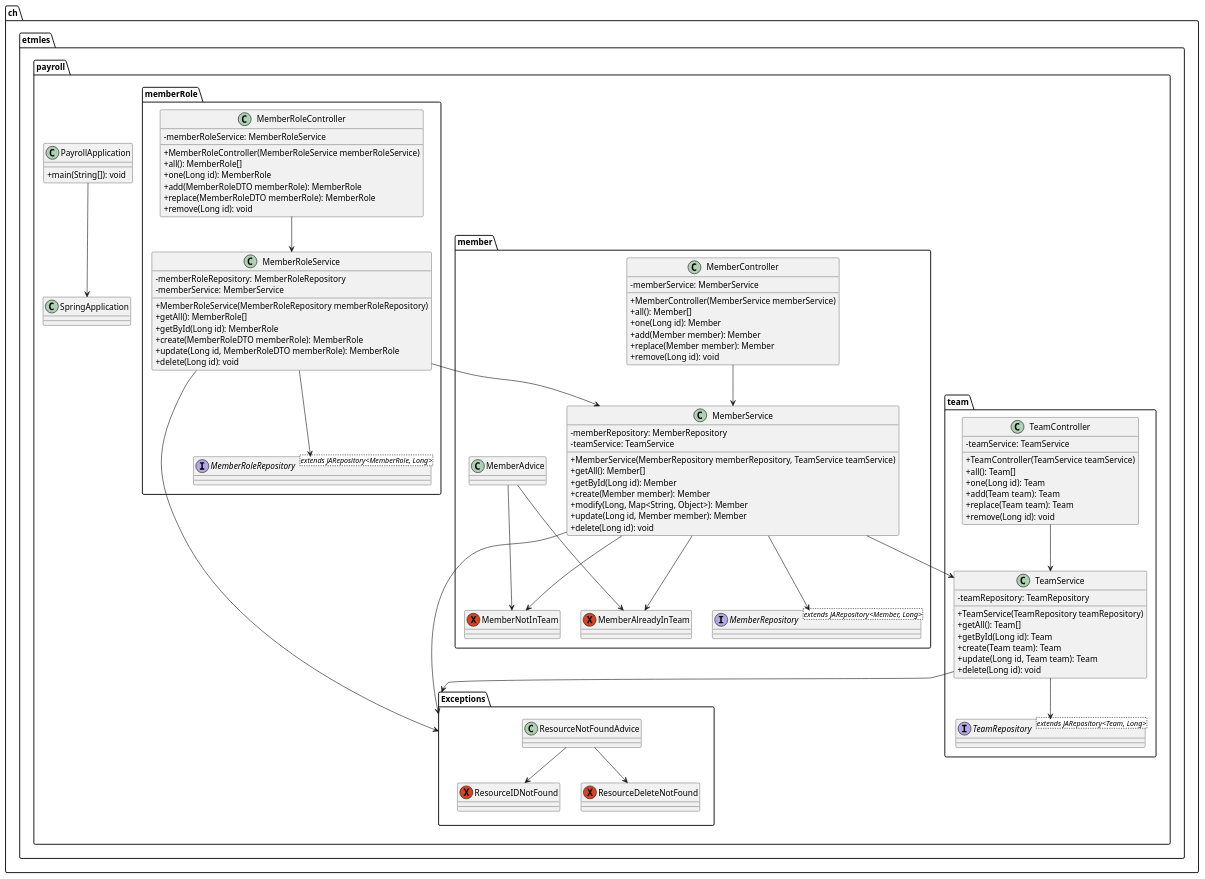
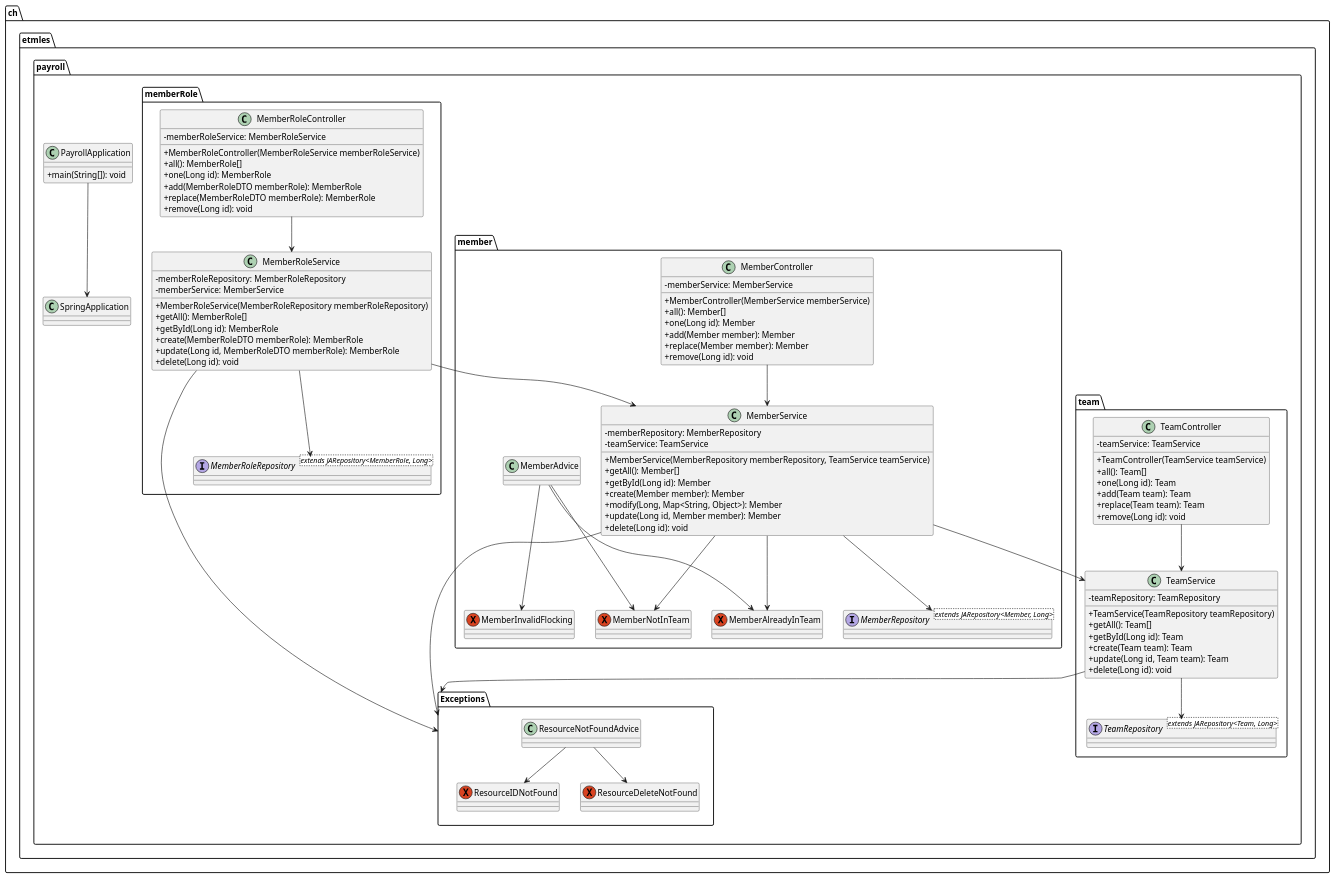
The diagram in docs/class_diagram.plantuml (ETML-ES-FWBE/ZucchinIT), drawn with PlantUML before and after one commit. The commit also changed 1 other file, not shown here.

Commit message:
docs: updated docs with invalid flocking exception

```diff
--- a/docs/class_diagram.plantuml
+++ b/docs/class_diagram.plantuml
@@ -1,114 +1,116 @@
 @startuml
 
 skinparam classAttributeIconSize 0
 
 package ch.etmles.payroll {
     class "SpringApplication"
     class PayrollApplication {
         +main(String[]): void
     }
     "PayrollApplication" --> "SpringApplication"
 
     package member {
         interface MemberRepository<extends JARepository<Member, Long>>
         class MemberController {
             -memberService: MemberService
             +MemberController(MemberService memberService)
             +all(): Member[]
             +one(Long id): Member
             +add(Member member): Member
             +replace(Member member): Member
             +remove(Long id): void
         }
         class MemberService {
             -memberRepository: MemberRepository
             -teamService: TeamService
             +MemberService(MemberRepository memberRepository, TeamService teamService)
             +getAll(): Member[]
             +getById(Long id): Member
             +create(Member member): Member
             +modify(Long, Map<String, Object>): Member
             +update(Long id, Member member): Member
             +delete(Long id): void
         }
         class "MemberAdvice"
         exception "MemberNotInTeam"
         exception "MemberAlreadyInTeam"
+        exception "MemberInvalidFlocking"
 
         "MemberController" --> "MemberService"
         "MemberService" --> "MemberRepository"
         "MemberService" --> "MemberNotInTeam"
         "MemberService" --> "MemberAlreadyInTeam"
         "MemberAdvice" --> "MemberNotInTeam"
         "MemberAdvice" --> "MemberAlreadyInTeam"
+        "MemberAdvice" --> "MemberInvalidFlocking"
     }
     "MemberService" --> team.TeamService
     "MemberService" --> "Exceptions"
 
     package memberRole {
         interface MemberRoleRepository<extends JARepository<MemberRole, Long>>
         class MemberRoleController {
             -memberRoleService: MemberRoleService
             +MemberRoleController(MemberRoleService memberRoleService)
             +all(): MemberRole[]
             +one(Long id): MemberRole
             +add(MemberRoleDTO memberRole): MemberRole
             +replace(MemberRoleDTO memberRole): MemberRole
             +remove(Long id): void
         }
         class MemberRoleService {
             -memberRoleRepository: MemberRoleRepository
             -memberService: MemberService
             +MemberRoleService(MemberRoleRepository memberRoleRepository)
             +getAll(): MemberRole[]
             +getById(Long id): MemberRole
             +create(MemberRoleDTO memberRole): MemberRole
             +update(Long id, MemberRoleDTO memberRole): MemberRole
             +delete(Long id): void
         }
 
         "MemberRoleController" --> "MemberRoleService"
         "MemberRoleService" --> "MemberRoleRepository"
         "MemberRoleService" --> "MemberService"
     }
 
     "MemberRoleService" --> "Exceptions"
 
     package team {
         interface TeamRepository<extends JARepository<Team, Long>>
         class TeamController {
             -teamService: TeamService
             +TeamController(TeamService teamService)
             +all(): Team[]
             +one(Long id): Team
             +add(Team team): Team
             +replace(Team team): Team
             +remove(Long id): void
         }
         class TeamService {
             -teamRepository: TeamRepository
             +TeamService(TeamRepository teamRepository)
             +getAll(): Team[]
             +getById(Long id): Team
             +create(Team team): Team
             +update(Long id, Team team): Team
             +delete(Long id): void
         }
 
         "TeamController" --> "TeamService"
         "TeamService" --> "TeamRepository"
     }
 
     "TeamService" --> "Exceptions"
 
     package Exceptions {
         exception "ResourceIDNotFound"
         exception "ResourceDeleteNotFound"
         class "ResourceNotFoundAdvice"
 
         "ResourceNotFoundAdvice" --> "ResourceIDNotFound"
         "ResourceNotFoundAdvice" --> "ResourceDeleteNotFound"
     }
 }
 
 @enduml
```
